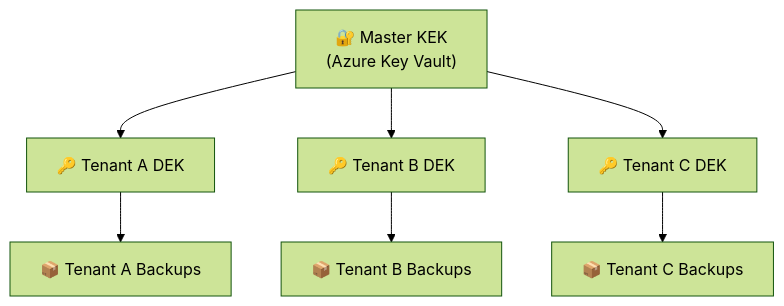
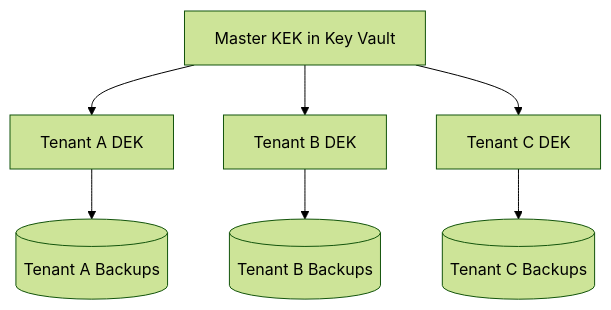
One commit to gpatwa/m365-vault changed the second of 3 diagrams in backend/docs/SECURITY.md. Above: the diagram before and after it, drawn with Mermaid (forest theme). The commit also changed other lines of this file and 3 other files, not shown here.

First line of the commit message:
fix: remove emojis from Mermaid diagrams — Mermaid v11 strict syntax

````diff
--- a/backend/docs/SECURITY.md
+++ b/backend/docs/SECURITY.md
@@ -28,9 +31,9 @@
 ```mermaid
 graph TB
-    KEK["🔐 Master KEK<br/>(Azure Key Vault)"] --> DEK1["🔑 Tenant A DEK"]
-    KEK --> DEK2["🔑 Tenant B DEK"]
-    KEK --> DEK3["🔑 Tenant C DEK"]
-    DEK1 --> Data1["📦 Tenant A Backups"]
-    DEK2 --> Data2["📦 Tenant B Backups"]
-    DEK3 --> Data3["📦 Tenant C Backups"]
+    KEK[Master KEK in Key Vault] --> DEK1[Tenant A DEK]
+    KEK --> DEK2[Tenant B DEK]
+    KEK --> DEK3[Tenant C DEK]
+    DEK1 --> Data1[(Tenant A Backups)]
+    DEK2 --> Data2[(Tenant B Backups)]
+    DEK3 --> Data3[(Tenant C Backups)]
 ```
````
